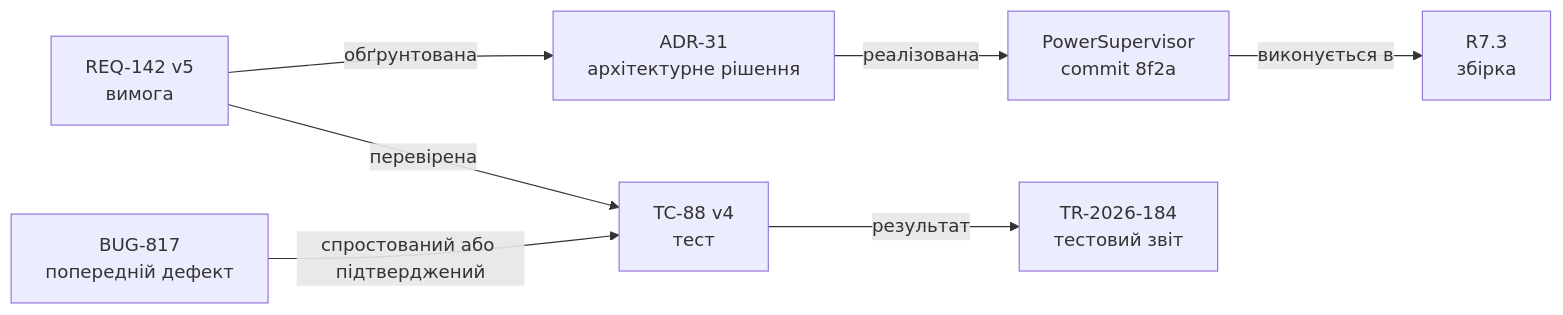
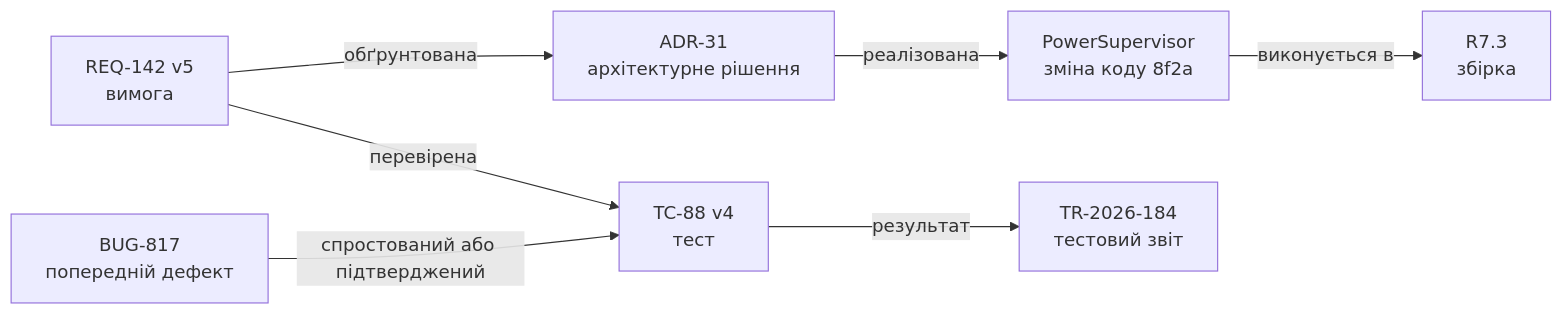
Before and after one commit to nick-fedchik/articles: the second of 5 diagrams in ExpertSystem/01-Expert-Systems-for-RD.md, drawn with Mermaid. The commit also changed other lines of this file, not shown here.

````diff
--- a/ExpertSystem/01-Expert-Systems-for-RD.md
+++ b/ExpertSystem/01-Expert-Systems-for-RD.md
@@ -43,12 +203,12 @@
 ```mermaid
 flowchart LR
     accTitle: Простежуваність зміни таймауту PowerSupervisor
     accDescr: Вимога пов'язана з рішенням, кодом, тестом і дефектом, а всі вони мають версії та джерела.
 
     REQ["REQ-142 v5<br>вимога"] -->|"обґрунтована"| ADR["ADR-31<br>архітектурне рішення"]
-    ADR -->|"реалізована"| CODE["PowerSupervisor<br>commit 8f2a"]
+    ADR -->|"реалізована"| CODE["PowerSupervisor<br>зміна коду 8f2a"]
     REQ -->|"перевірена"| TEST["TC-88 v4<br>тест"]
     CODE -->|"виконується в"| BUILD["R7.3<br>збірка"]
     BUG["BUG-817<br>попередній дефект"] -->|"спростований або підтверджений"| TEST
     TEST -->|"результат"| RUN["TR-2026-184<br>тестовий звіт"]
 ```
````
